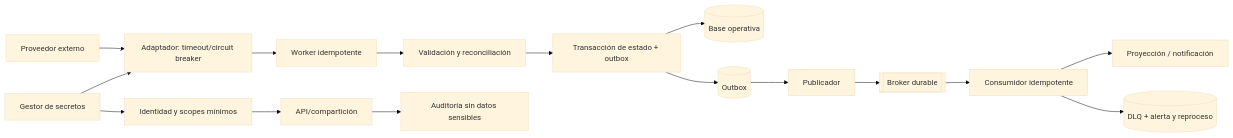
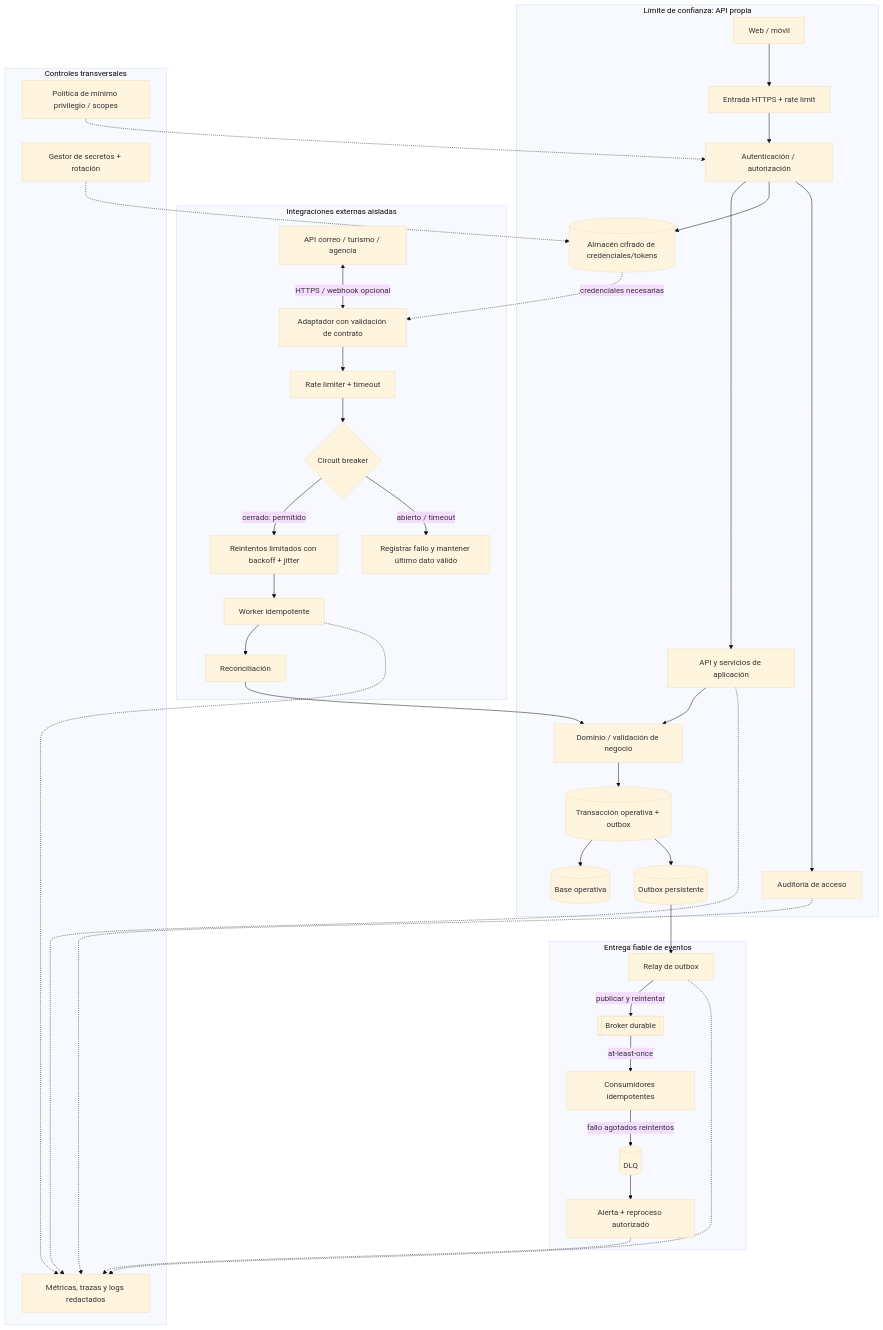
One commit to neouuuu/TPE-Ingenier-a-de-Software changed the diagram in docs/ADD/03-Iteracion-3/Vistas/Vista-Resiliencia-Seguridad.md. Above: the diagram before and after it, drawn with Mermaid (base theme). The commit also changed other lines of this file, not shown here.

Commit message:
docs: detail resilience and analytical C&C architecture

````diff
--- a/docs/ADD/03-Iteracion-3/Vistas/Vista-Resiliencia-Seguridad.md
+++ b/docs/ADD/03-Iteracion-3/Vistas/Vista-Resiliencia-Seguridad.md
@@ -3,18 +3,59 @@
 ```mermaid
-flowchart LR
-  PROVIDER[Proveedor externo] --> ADAPTER[Adaptador: timeout/circuit breaker]
-  ADAPTER --> WORKER[Worker idempotente]
-  WORKER --> VALIDATE[Validación y reconciliación]
-  VALIDATE --> TX[Transacción de estado + outbox]
-  TX --> DB[(Base operativa)]
-  TX --> OUTBOX[(Outbox)]
-  OUTBOX --> RELAY[Publicador]
-  RELAY --> BUS[[Broker durable]]
-  BUS --> CONSUMER[Consumidor idempotente]
-  CONSUMER --> PROJ[Proyección / notificación]
-  CONSUMER --> DLQ[(DLQ + alerta y reproceso)]
-  IAM[Identidad y scopes mínimos] --> API[API/compartición]
-  API --> AUDIT[Auditoría sin datos sensibles]
-  SECRETS[Gestor de secretos] --> ADAPTER
-  SECRETS --> IAM
+flowchart TB
+  subgraph TrustBoundary["Límite de confianza: API propia"]
+    CLIENT["Web / móvil"] --> EDGE["Entrada HTTPS + rate limit"]
+    EDGE --> IAM["Autenticación / autorización"]
+    IAM --> API["API y servicios de aplicación"]
+    API --> DOMAIN["Dominio / validación de negocio"]
+    DOMAIN --> TX[("Transacción operativa + outbox")]
+    TX --> DB[("Base operativa")]
+    TX --> OUTBOX[("Outbox persistente")]
+    IAM --> TOKENS[("Almacén cifrado de credenciales/tokens")]
+    IAM --> AUDIT["Auditoría de acceso"]
+  end
+
+  subgraph ExternalBoundary["Integraciones externas aisladas"]
+    PROVIDER["API correo / turismo / agencia"]
+    ADAPTER["Adaptador con validación de contrato"]
+    LIMIT["Rate limiter + timeout"]
+    CB{"Circuit breaker"}
+    RETRY["Reintentos limitados con backoff + jitter"]
+    WORKER["Worker idempotente"]
+    RECON["Reconciliación"]
+    PROVIDER <-->|"HTTPS / webhook opcional"| ADAPTER
+    ADAPTER --> LIMIT
+    LIMIT --> CB
+    CB -->|"cerrado: permitido"| RETRY
+    RETRY --> WORKER
+    WORKER --> RECON
+    RECON --> DOMAIN
+    TOKENS -.->|"credenciales necesarias"| ADAPTER
+    CB -->|"abierto / timeout"| FAIL["Registrar fallo y mantener último dato válido"]
+  end
+
+  subgraph ReliableEvents["Entrega fiable de eventos"]
+    RELAY["Relay de outbox"]
+    BROKER[["Broker durable"]]
+    CONSUMER["Consumidores idempotentes"]
+    DLQ[("DLQ")]
+    ALERT["Alerta + reproceso autorizado"]
+    OUTBOX --> RELAY
+    RELAY -->|"publicar y reintentar"| BROKER
+    BROKER -->|"at-least-once"| CONSUMER
+    CONSUMER -->|"fallo agotados reintentos"| DLQ
+    DLQ --> ALERT
+  end
+
+  subgraph SecurityControls["Controles transversales"]
+    SECRETS["Gestor de secretos + rotación"]
+    OBS["Métricas, trazas y logs redactados"]
+    POLICY["Política de mínimo privilegio / scopes"]
+  end
+  SECRETS -.-> TOKENS
+  POLICY -.-> IAM
+  API -.-> OBS
+  WORKER -.-> OBS
+  RELAY -.-> OBS
+  ALERT -.-> OBS
+  AUDIT -.-> OBS
 ```
````
